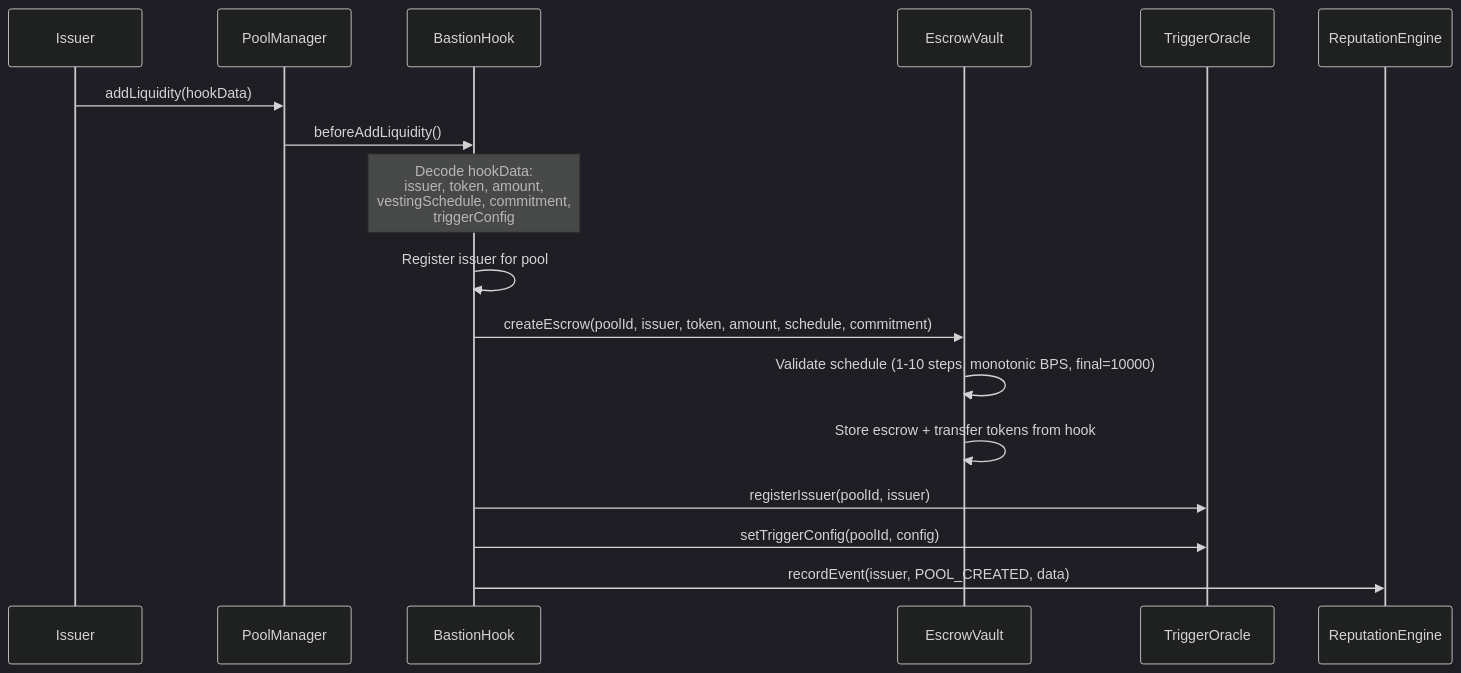
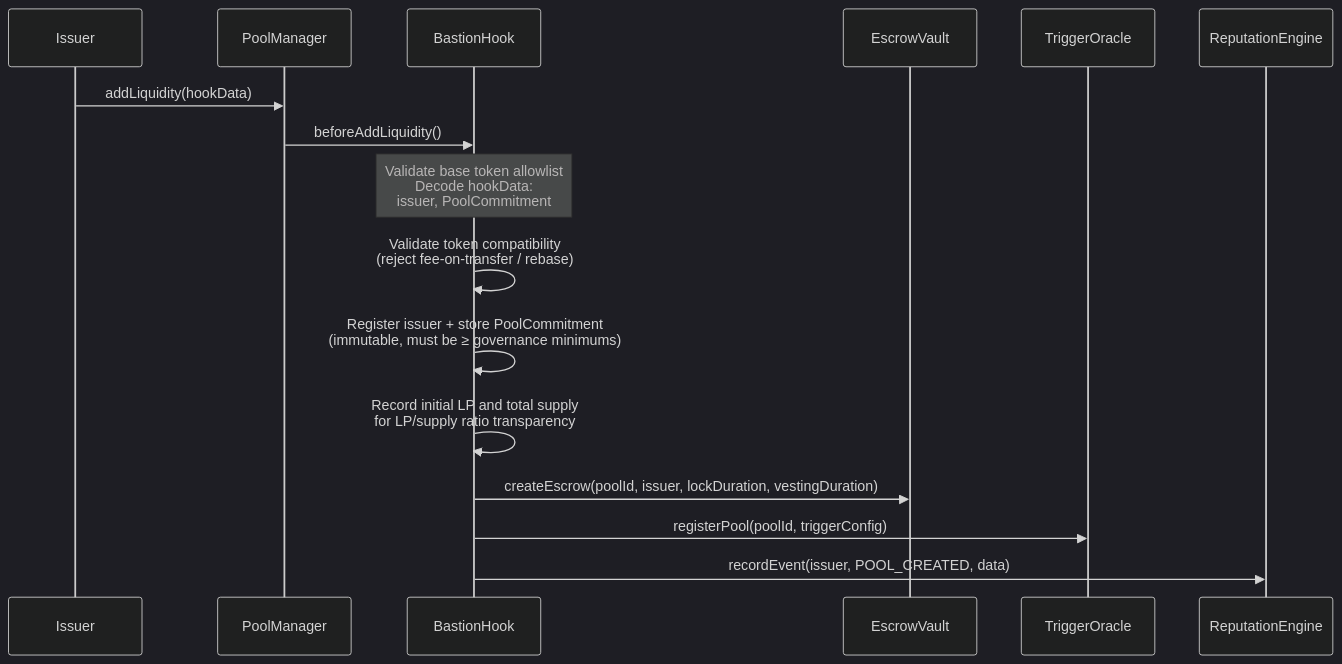
Before and after one commit to bastionswap/bastionswap: the second of 6 diagrams in docs/ARCHITECTURE.md, drawn with Mermaid (dark theme). The commit also changed other lines of this file and 1 other file, not shown here.

````diff
--- a/docs/ARCHITECTURE.md
+++ b/docs/ARCHITECTURE.md
@@ -72,22 +71,20 @@
 ```mermaid
 sequenceDiagram
     participant Issuer
     participant PoolManager
     participant BastionHook
     participant EscrowVault
     participant TriggerOracle
     participant ReputationEngine
 
     Issuer->>PoolManager: addLiquidity(hookData)
     PoolManager->>BastionHook: beforeAddLiquidity()
-    Note over BastionHook: Decode hookData:<br/>issuer, token, amount,<br/>vestingSchedule, commitment,<br/>triggerConfig
+    Note over BastionHook: Validate base token allowlist<br/>Decode hookData:<br/>issuer, PoolCommitment
 
-    BastionHook->>BastionHook: Register issuer for pool
-    BastionHook->>EscrowVault: createEscrow(poolId, issuer, token, amount, schedule, commitment)
-    EscrowVault->>EscrowVault: Validate schedule (1-10 steps, monotonic BPS, final=10000)
-    EscrowVault->>EscrowVault: Store escrow + transfer tokens from hook
-
-    BastionHook->>TriggerOracle: registerIssuer(poolId, issuer)
-    BastionHook->>TriggerOracle: setTriggerConfig(poolId, config)
+    BastionHook->>BastionHook: Validate token compatibility<br/>(reject fee-on-transfer / rebase)
+    BastionHook->>BastionHook: Register issuer + store PoolCommitment<br/>(immutable, must be ≥ governance minimums)
+    BastionHook->>BastionHook: Record initial LP and total supply<br/>for LP/supply ratio transparency
+    BastionHook->>EscrowVault: createEscrow(poolId, issuer, lockDuration, vestingDuration)
+    BastionHook->>TriggerOracle: registerPool(poolId, triggerConfig)
     BastionHook->>ReputationEngine: recordEvent(issuer, POOL_CREATED, data)
 ```
````
